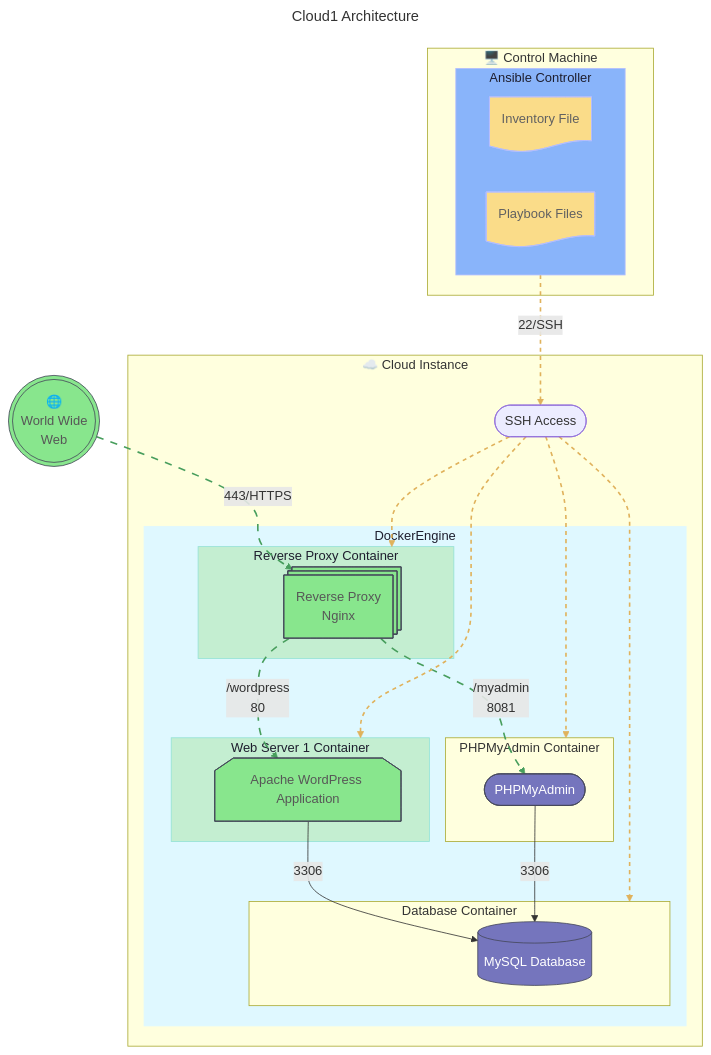
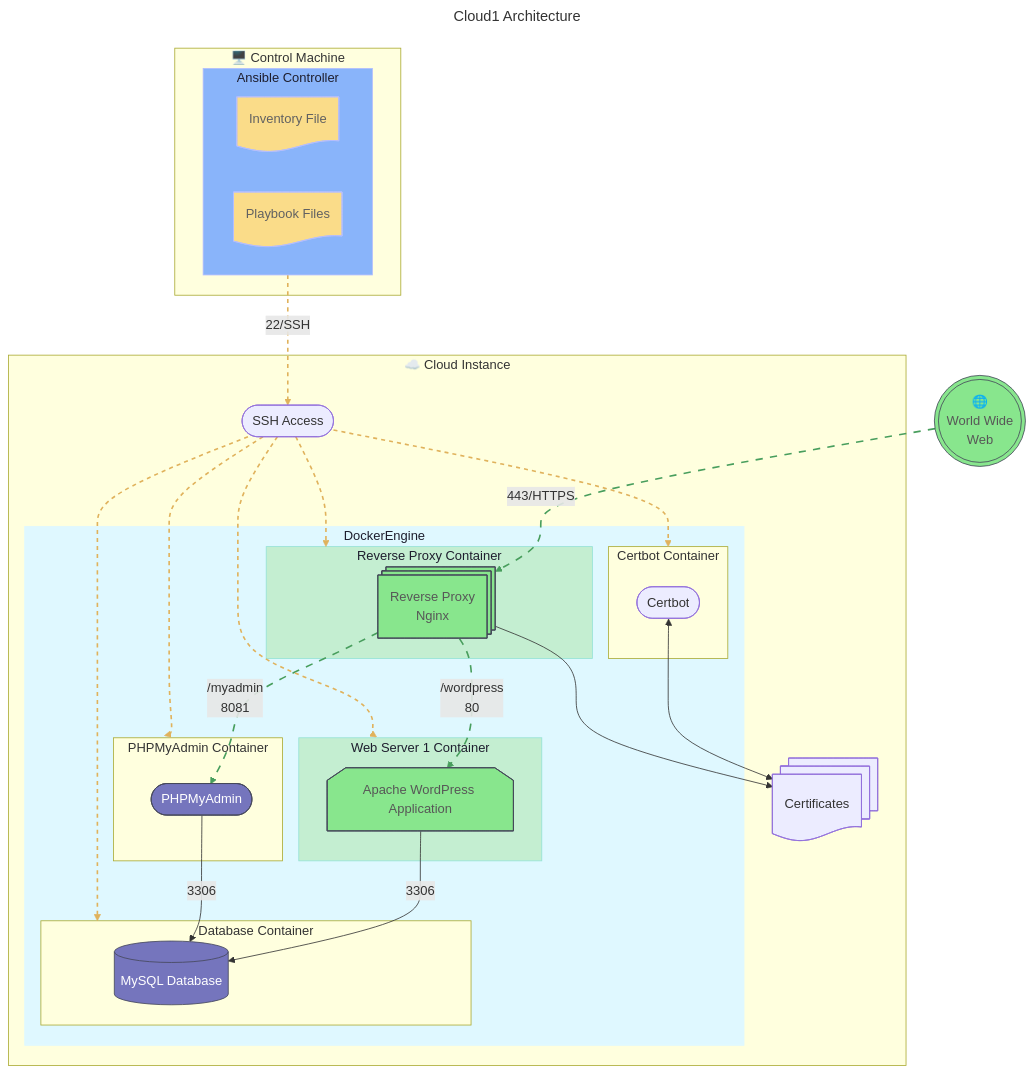
Before and after one commit to Tablerase/Cloud1: the first of 2 diagrams in WordPressDeploy/README.md, drawn with Mermaid. The commit also changed 4 other files, not shown here.

````diff
--- a/WordPressDeploy/README.md
+++ b/WordPressDeploy/README.md
@@ -37,61 +37,68 @@
 ```mermaid
 ---
 title: Cloud1 Architecture
 config:
   layout: dagre
 ---
 flowchart TB
     WorldWideWeb@{ shape: dbl-circ, label: "🌐<br>World Wide<br>Web" }
     subgraph ControlMachine["🖥️ Control Machine"]
       subgraph AnsibleController["Ansible Controller"]
         InvFile@{ shape: doc, label: "Inventory File" }
         PLY@{ shape: doc, label: "Playbook Files" }
       end
     end
     subgraph Cloud["☁️ Cloud Instance"]
       sshAccess@{ shape: terminal, label: "SSH Access" }
+      certificates@{ shape: docs, label: "Certificates" }
       subgraph DockerEngine
         subgraph DatabaseContainer["Database Container"]
             DB@{ shape: database, label: "MySQL Database" }
         end
         subgraph PMAContainer["PHPMyAdmin Container"]
             PMA@{ shape: terminal, label: "PHPMyAdmin" }
         end
         subgraph ReverseProxyContainer["Reverse Proxy Container"]
             RVP@{ shape: procs, label: "Reverse Proxy<br>Nginx" }
         end
         subgraph WebServer1Container["Web Server 1 Container"]
             WP1@{ shape: loop-limit, label: "Apache WordPress Application" }
         end
+        subgraph CertbotContainer["Certbot Container"]
+            CB@{ shape: terminal, label: "Certbot" }
+        end
       end
     end
 
     WorldWideWeb w@-->|443/HTTPS| RVP
     AnsibleController assh@-->|22/SSH| sshAccess
     sshAccess arvp@--> ReverseProxyContainer
     sshAccess aws1@--> WebServer1Container
     sshAccess adb@--> DatabaseContainer
     sshAccess apma@--> PMAContainer
+    sshAccess acb@--> CertbotContainer
     RVP rvp1@-->|/wordpress<br>80| WP1
     RVP rvp2@-->|/myadmin<br>8081| PMA
     WP1 -->|3306| DB
     PMA -->|3306| DB
+    CB <--> certificates
+    RVP --> certificates
 
     classDef files fill: #fadc89ff,color: #616161ff,stroke: #b4befe
     classDef database fill: #7575bdff,color: #ffffffff,stroke: #45475a
     classDef web fill: #88e68dff,color: #575757ff,stroke: #45475a
     classDef ansible fill: #89b4fa,color: #1e1e2e,stroke: #b4befe
     classDef webContainer fill: #a6e3a17c,color: #1e1e2e,stroke: #94e2d5
     classDef docker fill: #dff8ffff,color: #1e1e2e,stroke: #dff8ffff
     classDef web-anim stroke-dasharray: 9,5, stroke-dashoffset: 900, stroke-width: 2, stroke: #489e5dff, animation: dash 25s linear infinite;
     classDef ansible-anim stroke-dasharray: 5,5, stroke-dashoffset: 300, stroke-width: 2, stroke: #e0b25cff, animation: dash 25s linear infinite;
 
     class rvp1,rvp2,w web-anim
-    class assh,arvp,aws1,adb,apma ansible-anim
+    class assh,arvp,aws1,adb,apma,acb ansible-anim
     class InvFile,PLY files
     class DB,PMA database
     class RVP,WP1,WP2,WorldWideWeb web
     class AnsibleController ansible
     class WebServer1Container,WebServer2Container,ReverseProxyContainer webContainer
     class DockerEngine docker
 ```
````
